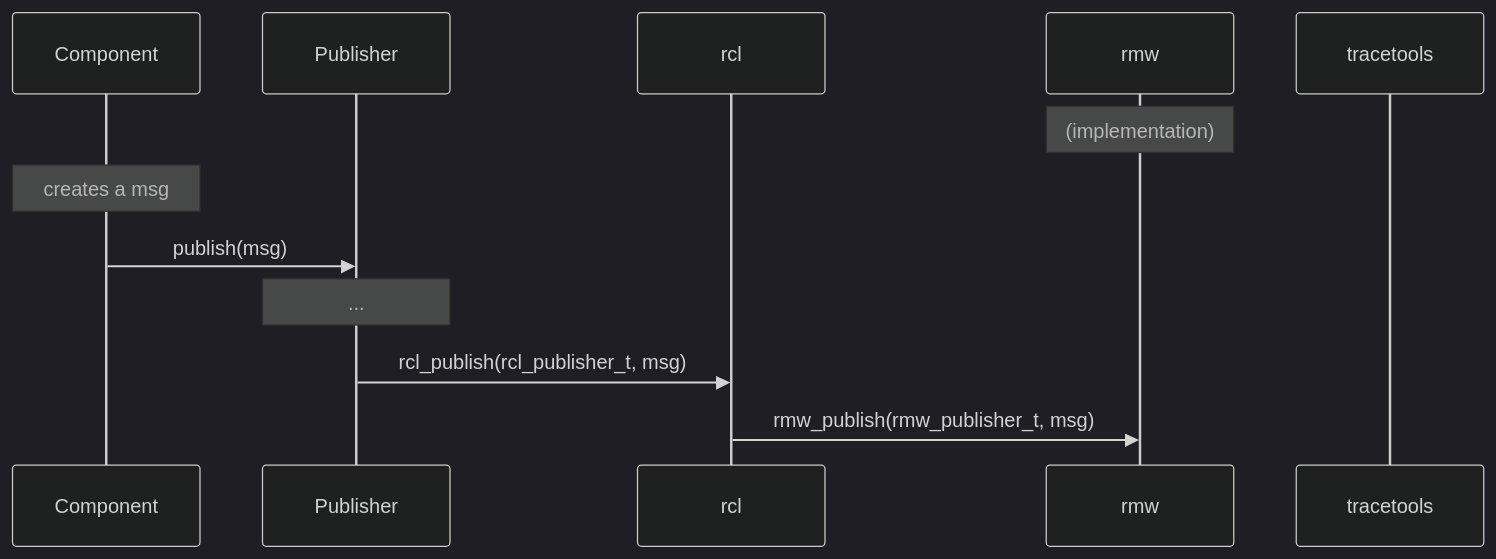
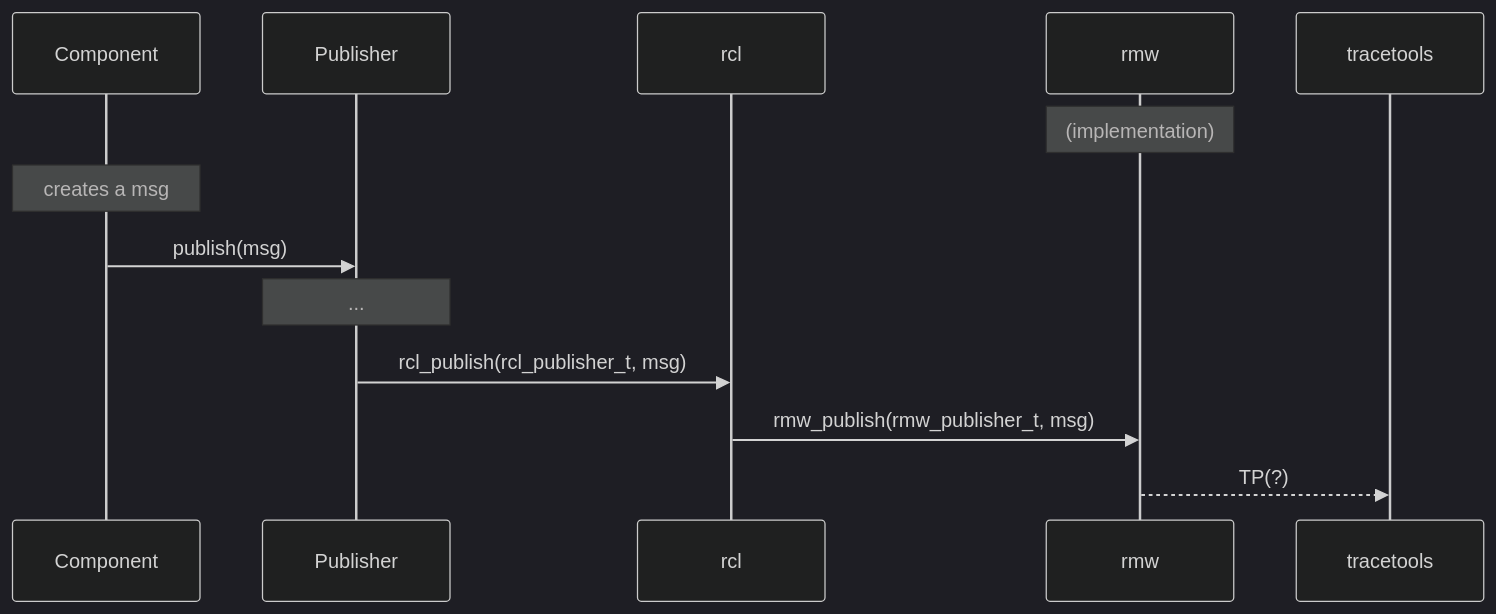
One commit to ros2/ros2_tracing changed the seventh of 7 diagrams in doc/design_ros_2.md. Above: the diagram before and after it, drawn with Mermaid (dark theme).

Commit message:
Add prospective publishing-related tracepoint in design

````diff
--- a/doc/design_ros_2.md
+++ b/doc/design_ros_2.md
@@ -218,16 +218,17 @@
 ```mermaid
 sequenceDiagram
     participant Component
     participant Publisher
     participant rcl
     participant rmw
     participant tracetools
 
     Note over rmw: (implementation)
 
     Note over Component: creates a msg
     Component->>Publisher: publish(msg)
     Note over Publisher: ...
     Publisher->>rcl: rcl_publish(rcl_publisher_t, msg)
     rcl->>rmw: rmw_publish(rmw_publisher_t, msg)
+    rmw-->>tracetools: TP(?)
 ```
````
